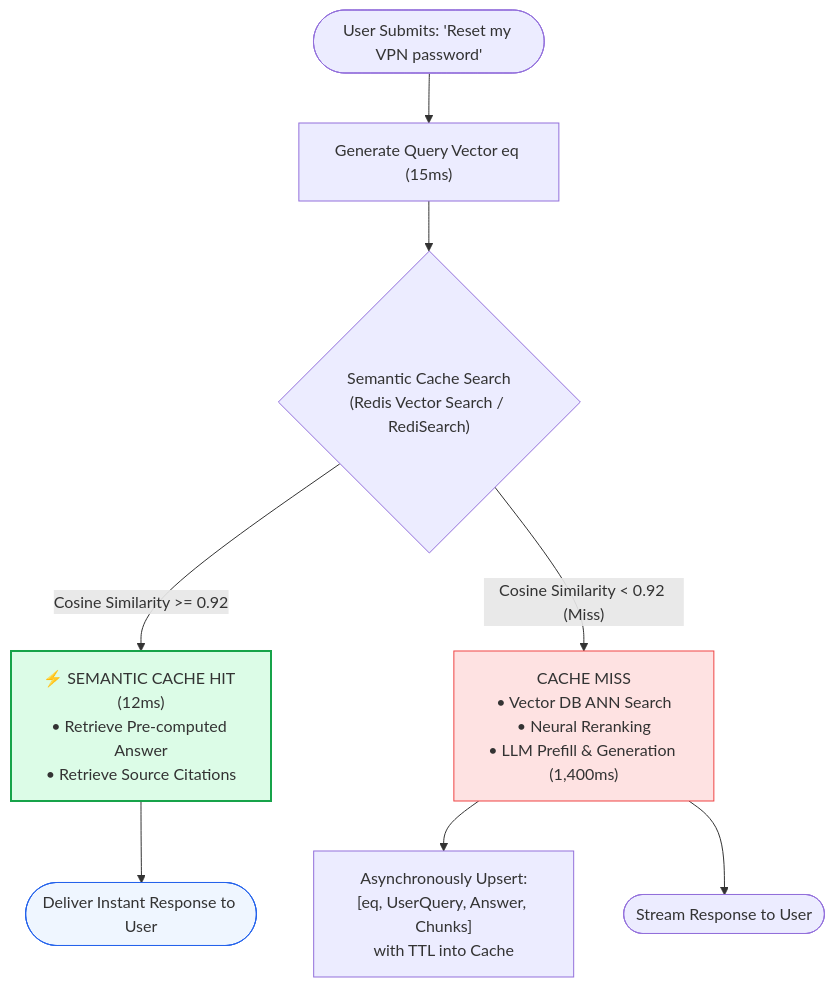
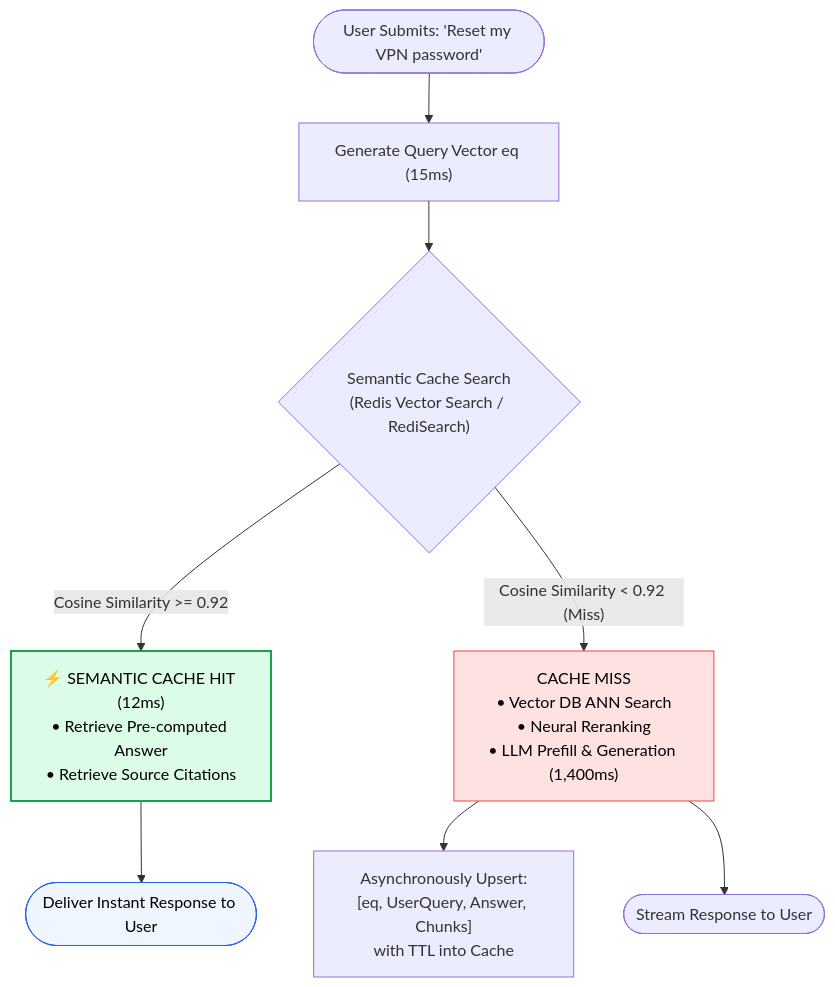
Before and after one commit to swapnil3104/RAG-Engineering: the first of 3 diagrams in 09-RAG-Deployment-and-Production/Caching.md, drawn with Mermaid. The commit also changed other lines of this file and 108 other files, not shown here.

Commit message:
fix: make chart text visible across all Mermaid diagrams and resolve markdown table formatting issues

````diff
--- a/09-RAG-Deployment-and-Production/Caching.md
+++ b/09-RAG-Deployment-and-Production/Caching.md
@@ -33,16 +33,16 @@
 ```mermaid
 flowchart TD
     UserQuery([User Submits: 'Reset my VPN password']) --> EmbedQ["Generate Query Vector eq (15ms)"]
     EmbedQ --> CacheProbe{"Semantic Cache Search<br/>(Redis Vector Search / RediSearch)"}
     
     CacheProbe -->|"Cosine Similarity >= 0.92"| CacheHit["⚡ SEMANTIC CACHE HIT (12ms)<br/>• Retrieve Pre-computed Answer<br/>• Retrieve Source Citations"]
     CacheHit --> InstantDelivery([Deliver Instant Response to User])
     
     CacheProbe -->|"Cosine Similarity < 0.92 (Miss)"| CacheMiss["CACHE MISS<br/>• Vector DB ANN Search<br/>• Neural Reranking<br/>• LLM Prefill & Generation (1,400ms)"]
     CacheMiss --> AsyncStore["Asynchronously Upsert:<br/>[eq, UserQuery, Answer, Chunks]<br/>with TTL into Cache"]
     CacheMiss --> StreamDelivery([Stream Response to User])
 
-    style CacheHit fill:#dcfce7,stroke:#16a34a,stroke-width:2px
-    style CacheMiss fill:#fee2e2,stroke:#ef4444
-    style InstantDelivery fill:#eff6ff,stroke:#2563eb
+    style CacheHit fill:#dcfce7,stroke:#16a34a,stroke-width:2px,color:#000000
+    style CacheMiss fill:#fee2e2,stroke:#ef4444,color:#000000
+    style InstantDelivery fill:#eff6ff,stroke:#2563eb,color:#000000
 ```
````
